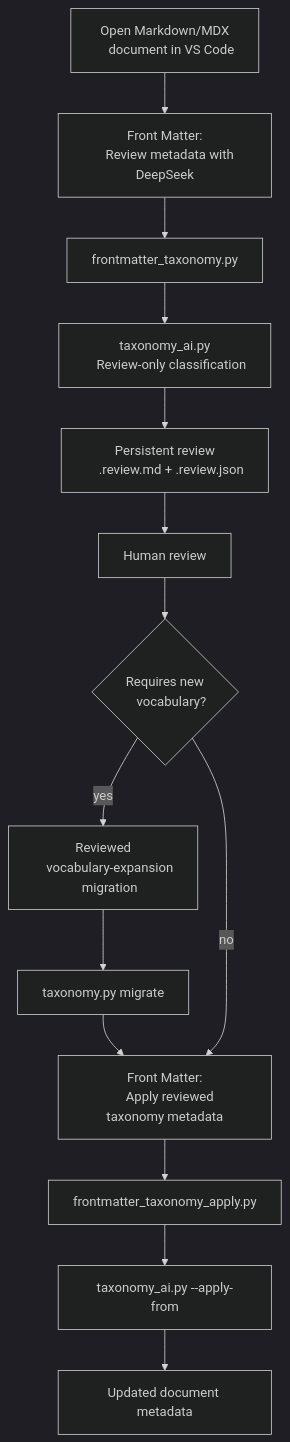
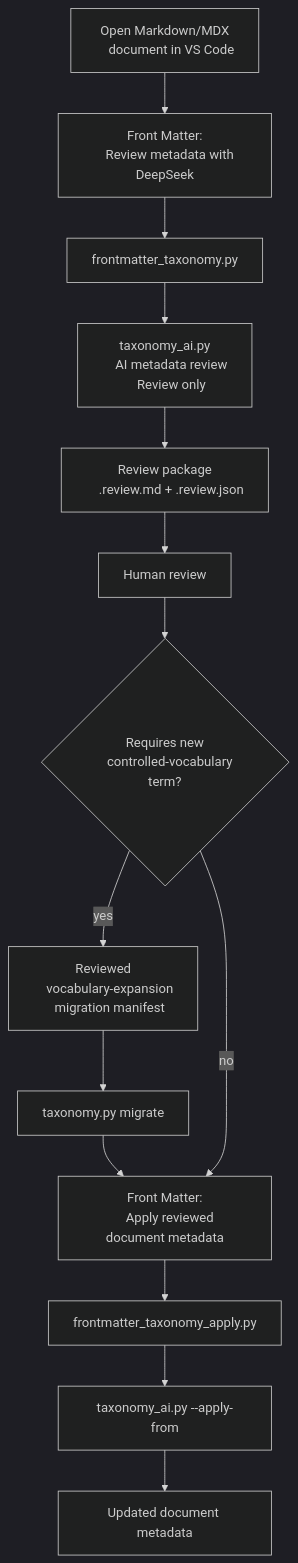
The second of 2 diagrams in docs/case-studies/TaxonomyGovernance.md (iand4096/docusaurusportfolio), drawn with Mermaid (dark theme) before and after one commit. The commit also changed other lines of this file, not shown here.

Commit message:
improved Taxonomy Governance, Agile and Documentation Leadership pages2

````diff
--- a/docs/case-studies/TaxonomyGovernance.md
+++ b/docs/case-studies/TaxonomyGovernance.md
@@ -288,73 +328,75 @@
 ```mermaid id="0dt7x9"
 
 flowchart TD
 
     DOC["`Open Markdown/MDX
 
     document in VS Code`"]
 
     REVIEW_ACTION["`Front Matter:
 
     Review metadata with DeepSeek`"]
 
     WRAPPER["`frontmatter_taxonomy.py`"]
 
     AI["`taxonomy_ai.py
 
-    Review-only classification`"]
+    AI metadata review
 
-    ARTEFACTS["`Persistent review
+    Review only`"]
+
+    ARTEFACTS["`Review package
 
     .review.md + .review.json`"]
 
     HUMAN["`Human review`"]
 
     PROPOSAL{"`Requires new
 
-    vocabulary?`"}
+    controlled-vocabulary term?`"}
 
     MIGRATION["`Reviewed
 
     vocabulary-expansion
 
-    migration`"]
+    migration manifest`"]
 
     ENGINE["`taxonomy.py migrate`"]
 
     APPLY_ACTION["`Front Matter:
 
-    Apply reviewed taxonomy metadata`"]
+    Apply reviewed document metadata`"]
 
     APPLY_WRAPPER["`frontmatter_taxonomy_apply.py`"]
 
     APPLY_FROM["`taxonomy_ai.py --apply-from`"]
 
     UPDATED["`Updated document metadata`"]
 
     DOC --> REVIEW_ACTION
 
     REVIEW_ACTION --> WRAPPER
 
     WRAPPER --> AI
 
     AI --> ARTEFACTS
 
     ARTEFACTS --> HUMAN
 
     HUMAN --> PROPOSAL
 
     PROPOSAL -->|"yes"| MIGRATION
 
     MIGRATION --> ENGINE
 
     ENGINE --> APPLY_ACTION
 
     PROPOSAL -->|"no"| APPLY_ACTION
 
     APPLY_ACTION --> APPLY_WRAPPER
 
     APPLY_WRAPPER --> APPLY_FROM
 
     APPLY_FROM --> UPDATED
 
 ```
````
